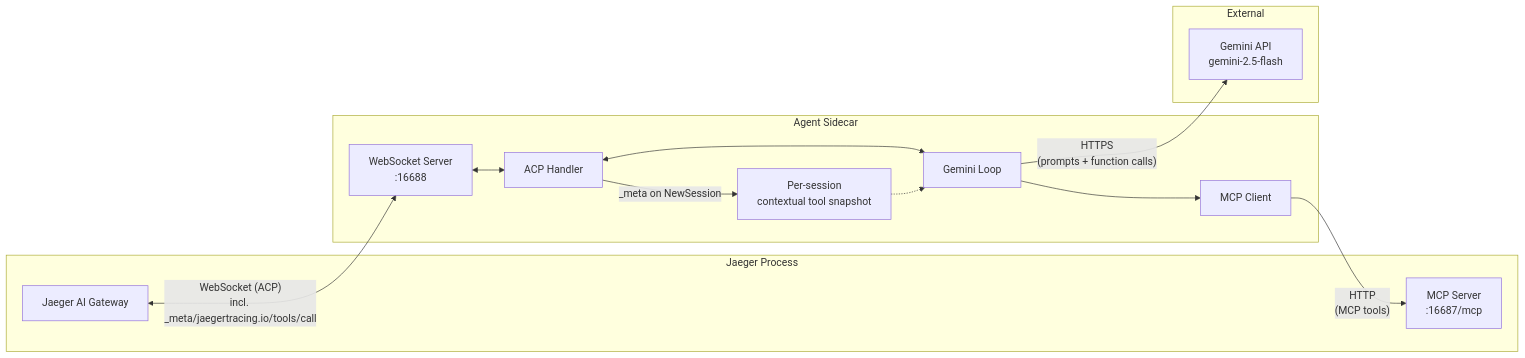
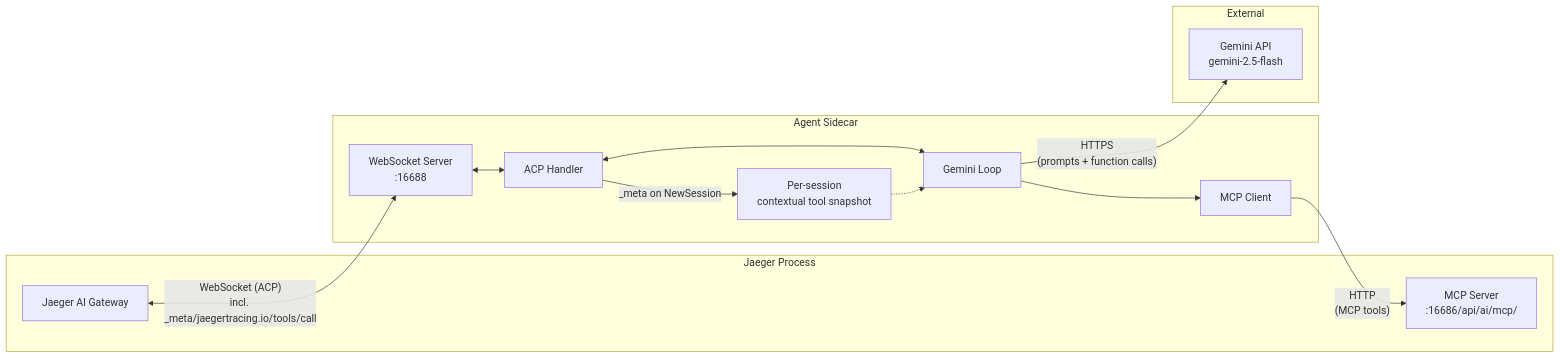
Before and after one commit to jaegertracing/jaeger: the first of 2 diagrams in scripts/ai-sidecar/gemini/README.md, drawn with Mermaid. The commit also changed other lines of this file and 4 other files, not shown here.

````diff
--- a/scripts/ai-sidecar/gemini/README.md
+++ b/scripts/ai-sidecar/gemini/README.md
@@ -127,28 +127,28 @@
 ```mermaid
 graph LR
     subgraph Jaeger Process
         GW[Jaeger AI Gateway]
-        MCP[MCP Server<br/>:16687/mcp]
+        MCP[MCP Server<br/>:16686/api/ai/mcp/]
     end
 
     subgraph Agent Sidecar
         WS[WebSocket Server<br/>:16688]
         ACP[ACP Handler]
         Loop[Gemini Loop]
         Bridge[MCP Client]
         CTX[Per-session<br/>contextual tool snapshot]
     end
 
     subgraph External
         Gemini[Gemini API<br/>gemini-2.5-flash]
     end
 
     GW <-- "WebSocket (ACP)<br/>incl. _meta/jaegertracing.io/tools/call" --> WS
     WS <--> ACP
     ACP <--> Loop
     ACP -- "_meta on NewSession" --> CTX
     Loop --> Bridge
     Bridge -- "HTTP<br/>(MCP tools)" --> MCP
     Loop -- "HTTPS<br/>(prompts + function calls)" --> Gemini
     CTX -.-> Loop
 ```
````
